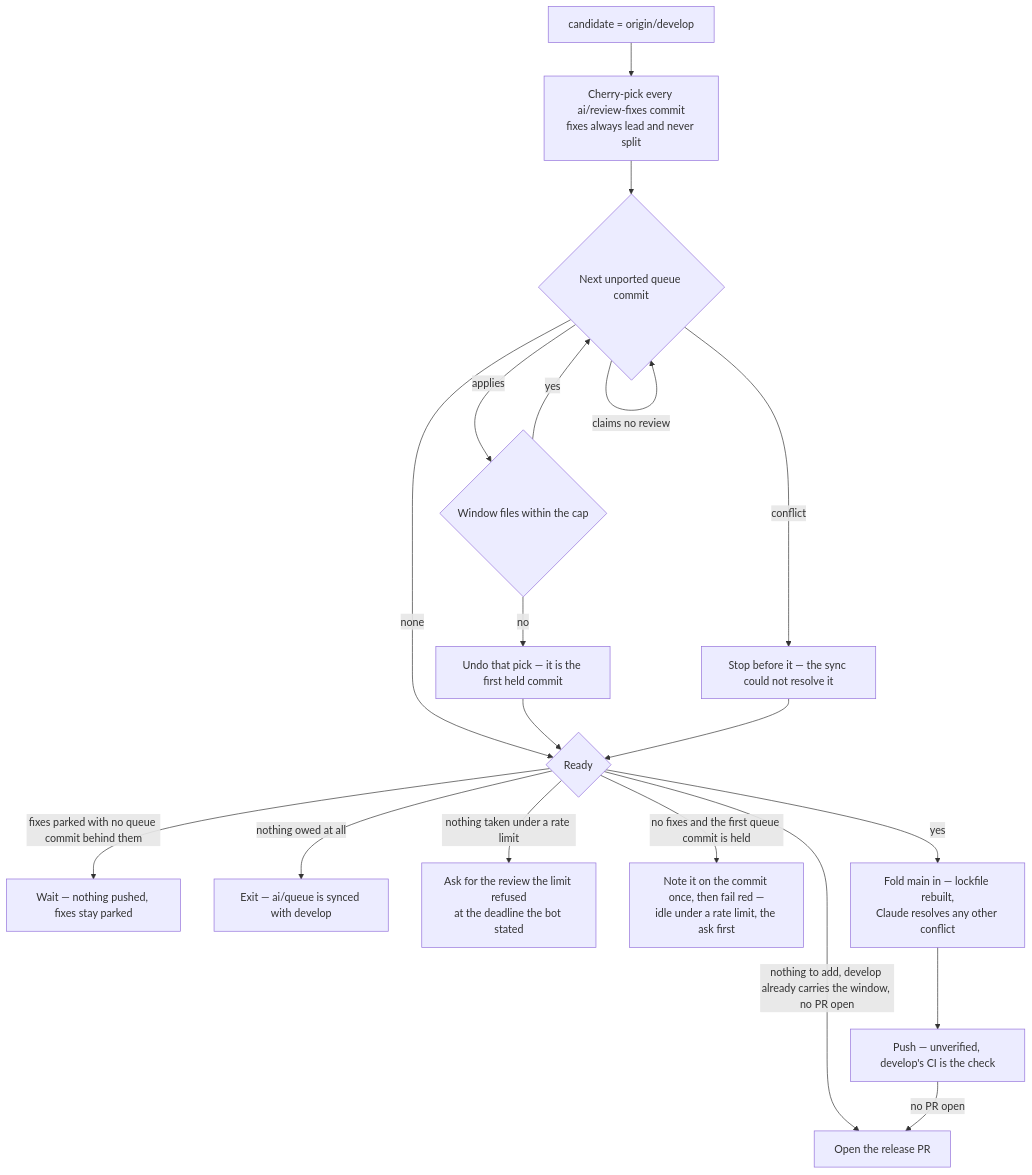
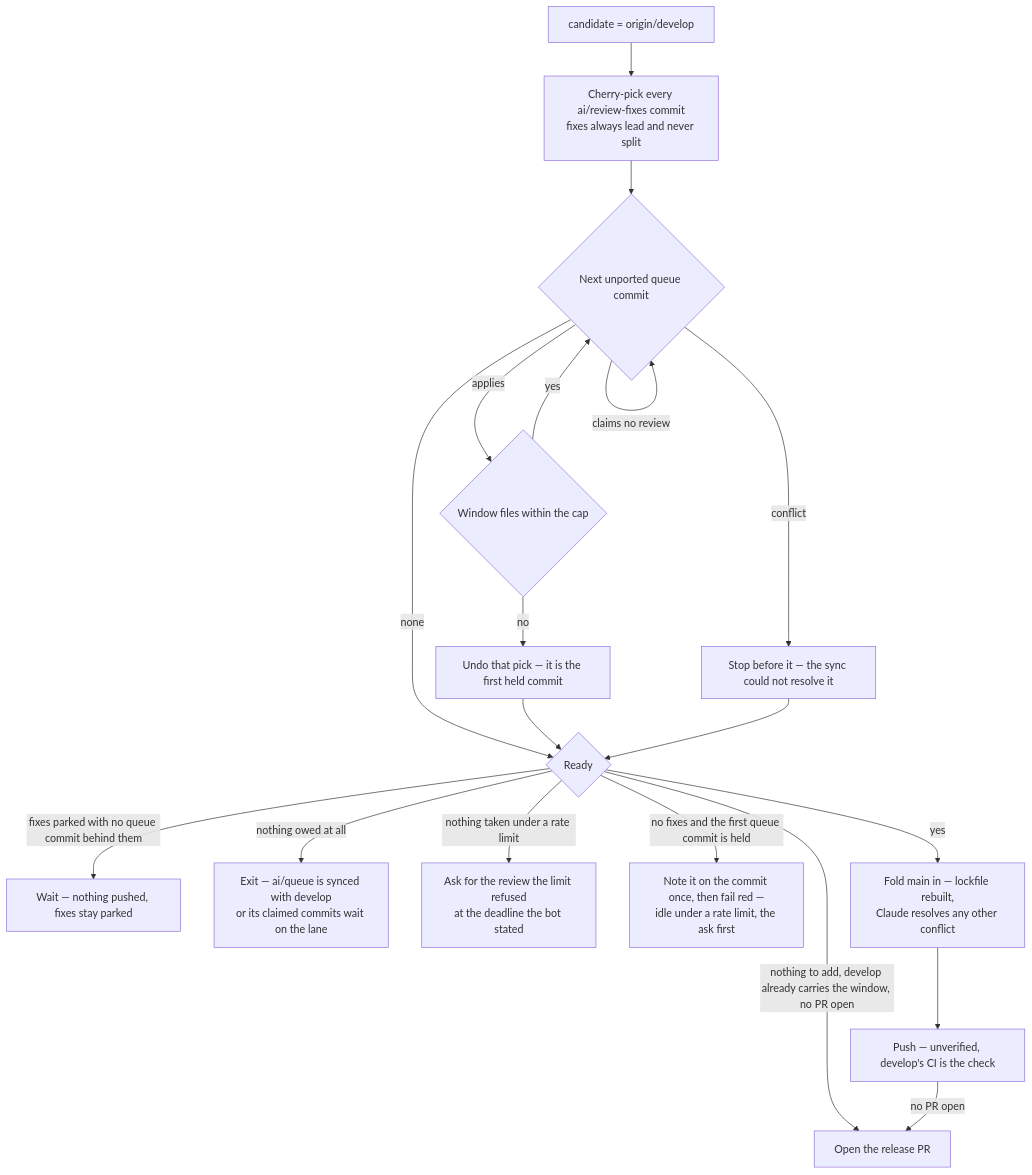
Before and after one commit to Esposter/Esposter: the fourth of 4 diagrams in apps/web/content/docs/infra/review-collector/collection-cycle.md, drawn with Mermaid. The commit also changed other lines of this file and 40 other files, not shown here.

````diff
--- a/apps/web/content/docs/infra/review-collector/collection-cycle.md
+++ b/apps/web/content/docs/infra/review-collector/collection-cycle.md
@@ -119,20 +124,20 @@
 ```mermaid
 flowchart TD
   C[candidate = origin/develop] --> FX[Cherry-pick every ai/review-fixes commit<br/>fixes always lead and never split]
   FX --> Q{Next unported queue commit}
   Q -->|claims no review| Q
   Q -->|none| RD
   Q -->|conflict| H[Stop before it — the sync could not resolve it]
   Q -->|applies| M{Window files within the cap}
   M -->|yes| Q
   M -->|no| U[Undo that pick — it is the first held commit]
   U --> RD
   H --> RD{Ready}
   RD -->|fixes parked with no queue commit behind them| W[Wait — nothing pushed, fixes stay parked]
-  RD -->|nothing owed at all| N[Exit — ai/queue is synced with develop]
+  RD -->|nothing owed at all| N[Exit — ai/queue is synced with develop<br/>or its claimed commits wait on the lane]
   RD -->|nothing taken under a rate limit| AK[Ask for the review the limit refused<br/>at the deadline the bot stated]
   RD -->|no fixes and the first queue commit is held| F[Note it on the commit once, then fail red —<br/>idle under a rate limit, the ask first]
   RD -->|nothing to add, develop already carries the window, no PR open| OP[Open the release PR]
   RD -->|yes| FM[Fold main in — lockfile rebuilt,<br/>Claude resolves any other conflict] --> P[Push — unverified, develop's CI is the check]
   P -->|no PR open| OP
 ```
````
